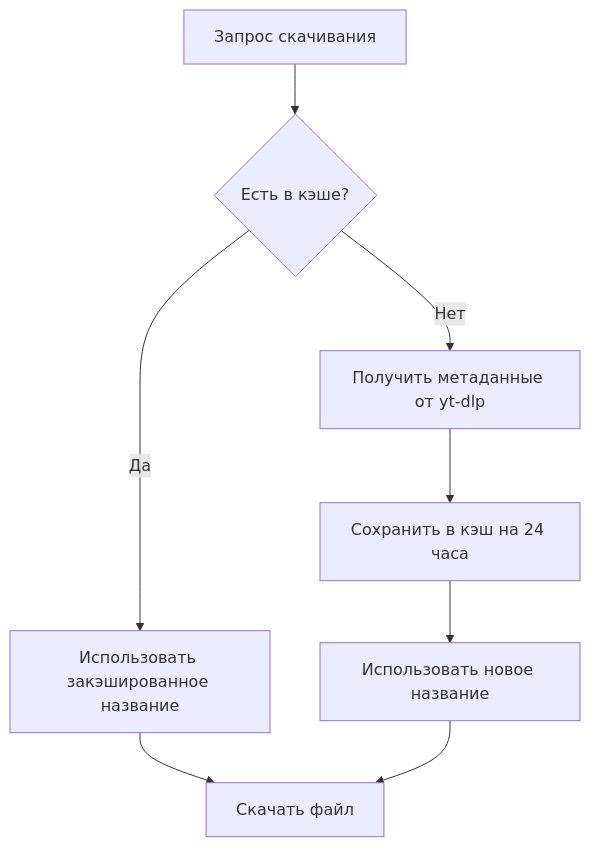
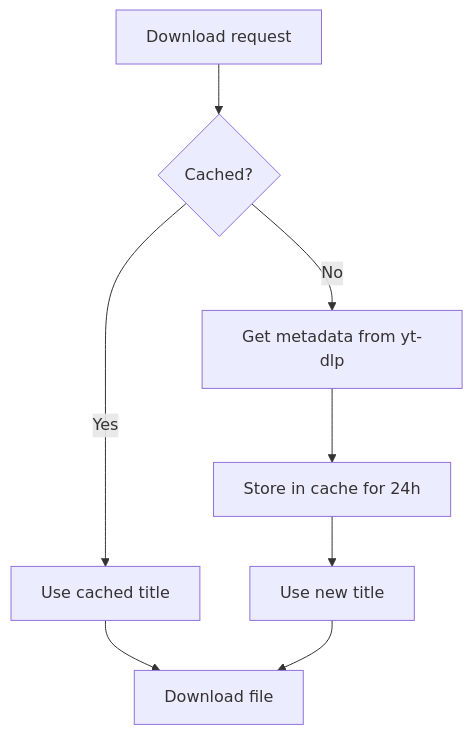
Before and after one commit to Jacke/doradura: the diagram in docs/CACHE_ISSUE.md, drawn with Mermaid. The commit also changed other lines of this file and 72 other files, not shown here.

````diff
--- a/docs/CACHE_ISSUE.md
+++ b/docs/CACHE_ISSUE.md
@@ -82,10 +71,10 @@
 ```mermaid
 graph TD
-    A[Запрос скачивания] --> B{Есть в кэше?}
-    B -->|Да| C[Использовать закэшированное название]
-    B -->|Нет| D[Получить метаданные от yt-dlp]
-    D --> E[Сохранить в кэш на 24 часа]
-    E --> F[Использовать новое название]
-    C --> G[Скачать файл]
+    A[Download request] --> B{Cached?}
+    B -->|Yes| C[Use cached title]
+    B -->|No| D[Get metadata from yt-dlp]
+    D --> E[Store in cache for 24h]
+    E --> F[Use new title]
+    C --> G[Download file]
     F --> G
 ```
````
